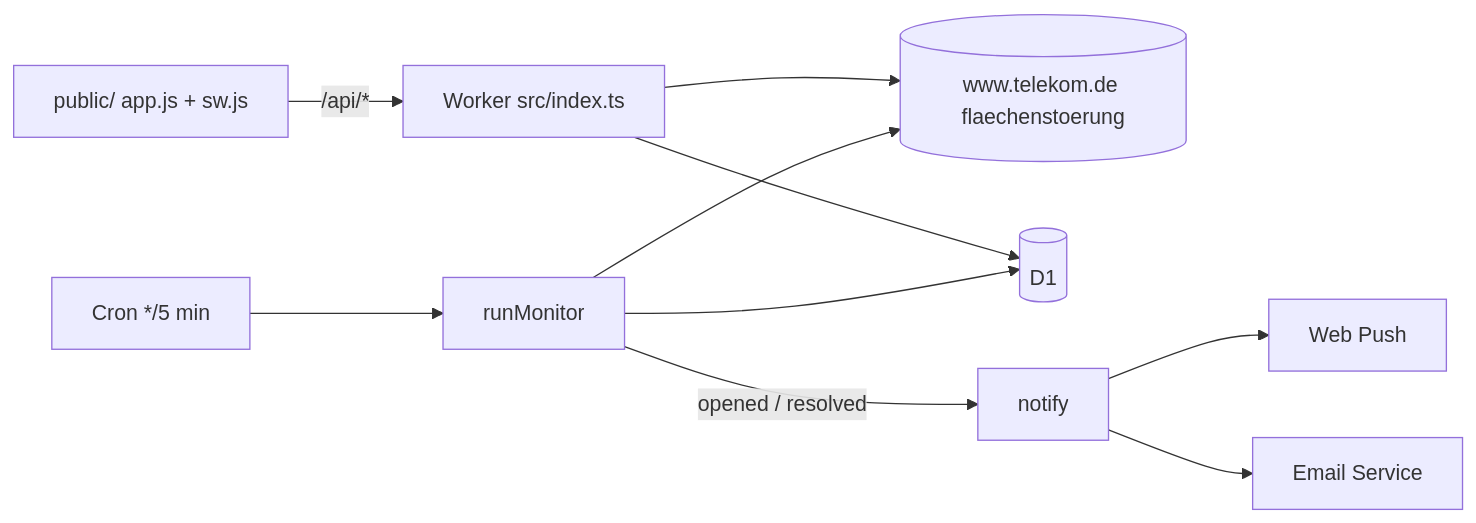
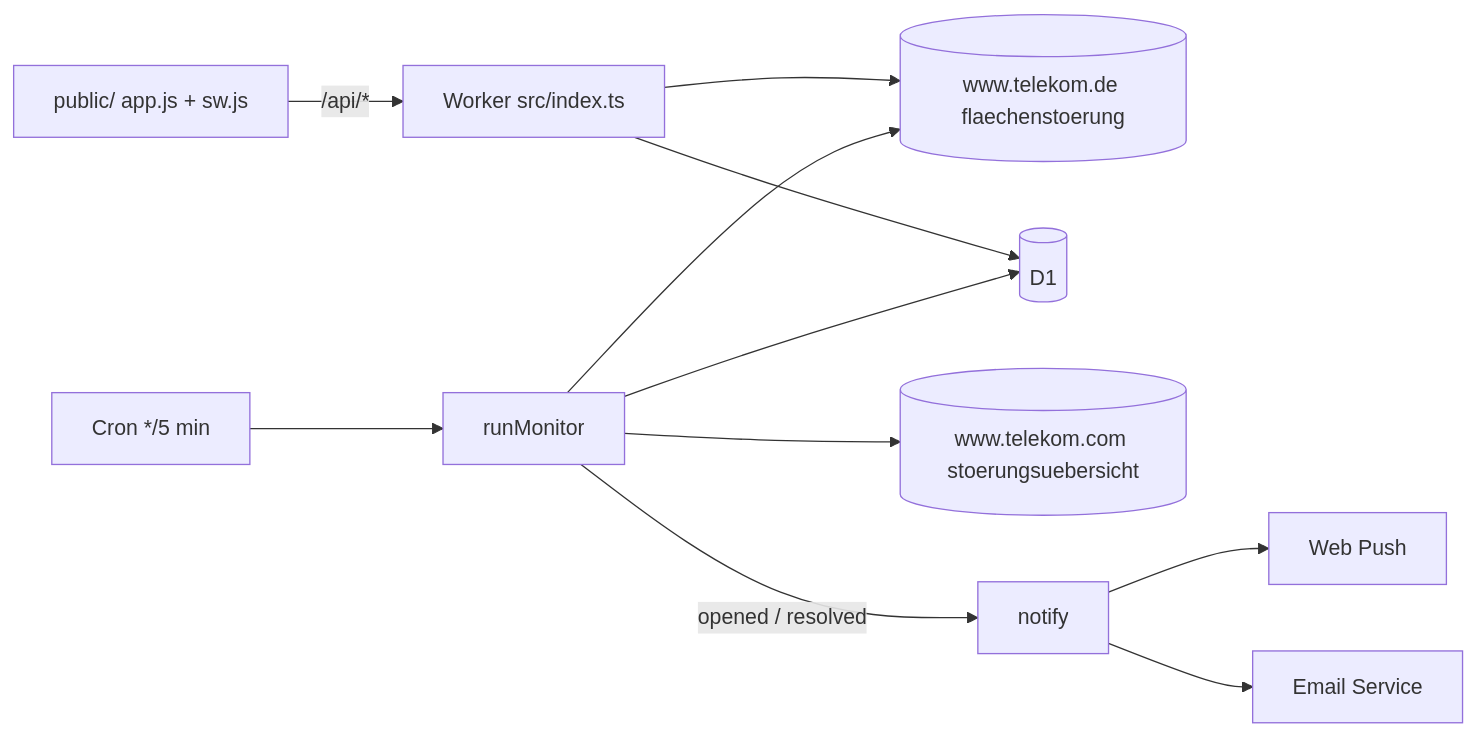
The diagram in README.md (boredland/telekom), drawn with Mermaid before and after one commit. The commit also changed other lines of this file and 11 other files, not shown here.

````diff
--- a/README.md
+++ b/README.md
@@ -7,12 +7,13 @@
 ```mermaid
 flowchart LR
 	UI[public/ app.js + sw.js] -->|/api/*| W[Worker src/index.ts]
 	Cron[Cron */5 min] --> M[runMonitor]
 	W --> TK[(www.telekom.de flaechenstoerung)]
 	M --> TK
 	W --> D1[(D1)]
 	M --> D1
+	M --> TC[(www.telekom.com stoerungsuebersicht)]
 	M -->|opened / resolved| N[notify]
 	N --> Push[Web Push]
 	N --> Mail[Email Service]
 ```
````
